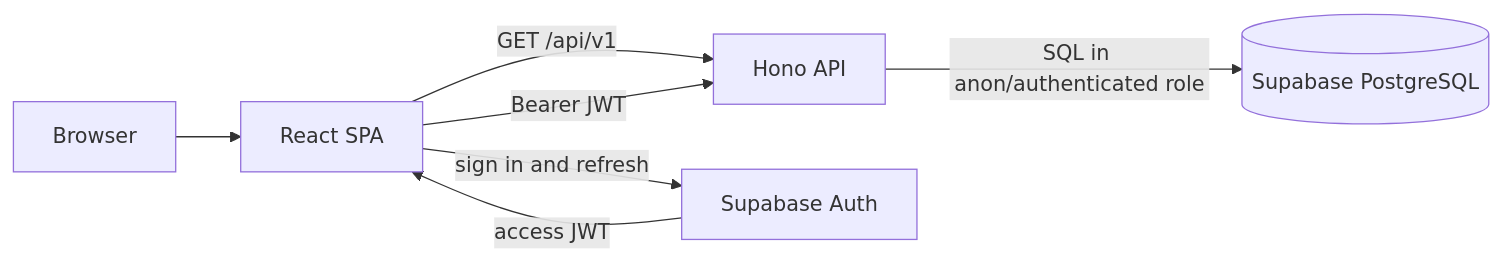
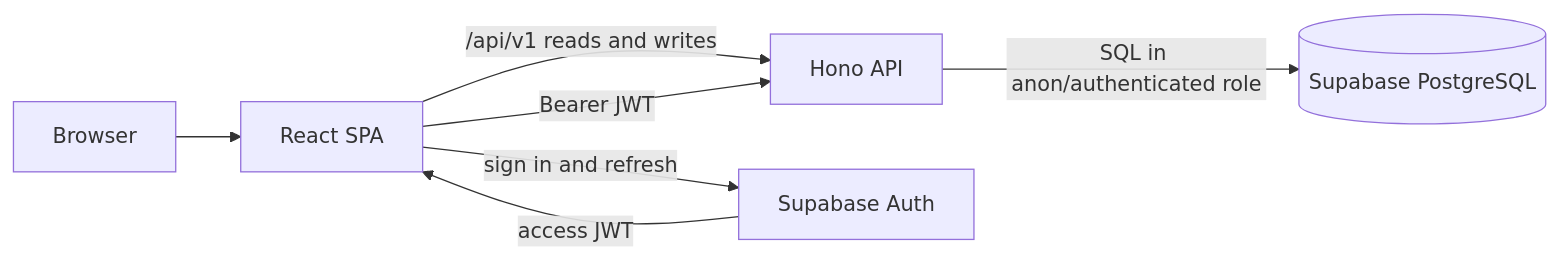
One commit to agrayush13/laundry-lo-src changed the diagram in README.md. Above: the diagram before and after it, drawn with Mermaid. The commit also changed other lines of this file and 6 other files, not shown here.

````diff
--- a/README.md
+++ b/README.md
@@ -46,9 +49,9 @@
 ```mermaid
 flowchart LR
     Browser[Browser] --> UI[React SPA]
-    UI -->|GET /api/v1| API[Hono API]
+    UI -->|/api/v1 reads and writes| API[Hono API]
     API -->|SQL in anon/authenticated role| DB[(Supabase PostgreSQL)]
     UI -->|sign in and refresh| Auth[Supabase Auth]
     Auth -->|access JWT| UI
     UI -->|Bearer JWT| API
 ```
````
